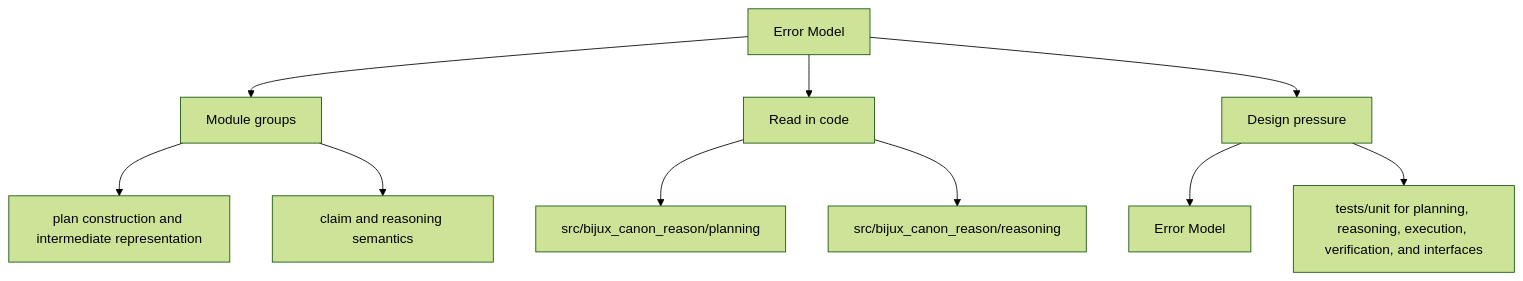
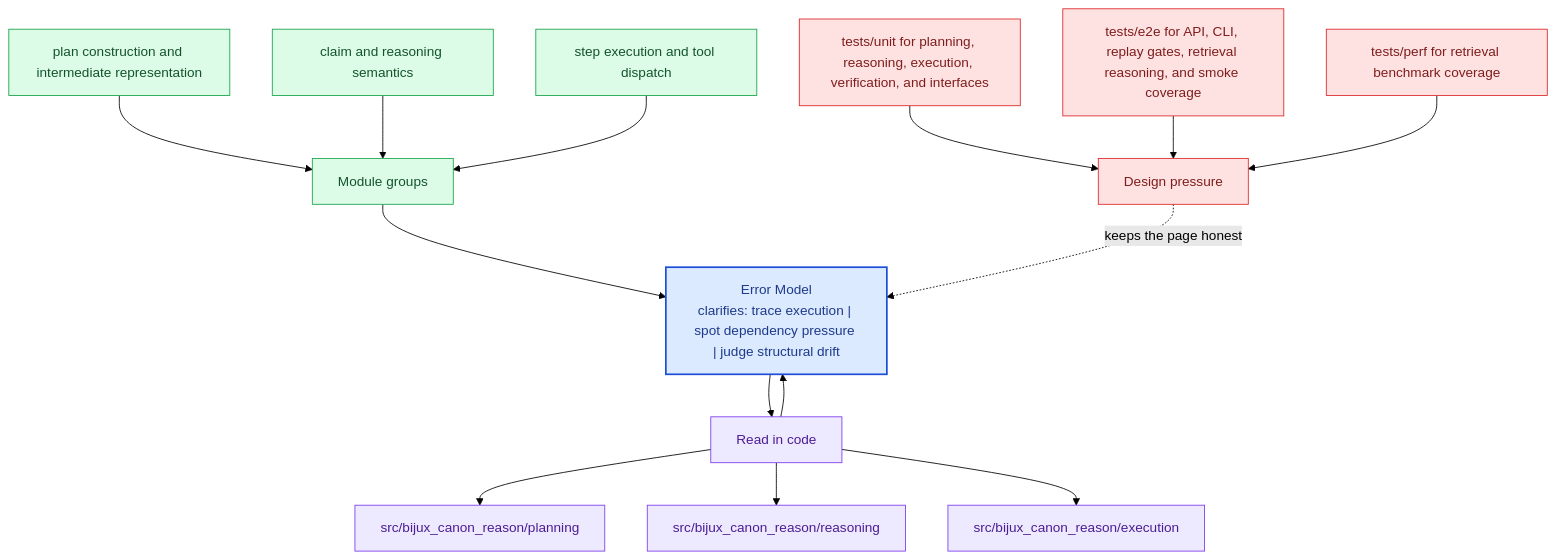
The second of 2 diagrams in docs/bijux-canon-reason/architecture/error-model.md (bijux/bijux-canon), drawn with Mermaid (forest theme) before and after one commit. The commit also changed other lines of this file and 281 other files, not shown here.

Commit message:
docs(diagrams): deepen handbook mermaid maps across the catalog

````diff
--- a/docs/bijux-canon-reason/architecture/error-model.md
+++ b/docs/bijux-canon-reason/architecture/error-model.md
@@ -35,22 +68,40 @@
 ```mermaid
-flowchart TD
-    page["Error Model"]
+flowchart TB
+    promise["Error Model<br/>clarifies: trace execution | spot dependency pressure | judge structural drift"]
+    classDef promise fill:#dbeafe,stroke:#1d4ed8,color:#1e3a8a,stroke-width:2px;
+    classDef driver fill:#dcfce7,stroke:#16a34a,color:#14532d;
+    classDef constraint fill:#fee2e2,stroke:#dc2626,color:#7f1d1d;
+    classDef ground fill:#ede9fe,stroke:#7c3aed,color:#4c1d95;
     focus1["Module groups"]
-    page --> focus1
+    focus1 --> promise
     focus1_1["plan construction and intermediate representation"]
-    focus1 --> focus1_1
+    focus1_1 --> focus1
     focus1_2["claim and reasoning semantics"]
-    focus1 --> focus1_2
+    focus1_2 --> focus1
+    focus1_3["step execution and tool dispatch"]
+    focus1_3 --> focus1
+    class focus1 driver;
+    class focus1_1,focus1_2,focus1_3 driver;
     focus2["Read in code"]
-    page --> focus2
+    focus2 --> promise
+    promise --> focus2
     focus2_1["src/bijux_canon_reason/planning"]
     focus2 --> focus2_1
     focus2_2["src/bijux_canon_reason/reasoning"]
     focus2 --> focus2_2
+    focus2_3["src/bijux_canon_reason/execution"]
+    focus2 --> focus2_3
+    class focus2 ground;
+    class focus2_1,focus2_2,focus2_3 ground;
     focus3["Design pressure"]
-    page --> focus3
-    focus3_1["Error Model"]
-    focus3 --> focus3_1
-    focus3_2["tests/unit for planning, reasoning, execution, verification, and interfaces"]
-    focus3 --> focus3_2
+    focus3 -.keeps the page honest.-> promise
+    focus3_1["tests/unit for planning, reasoning, execution, verification, and interfaces"]
+    focus3_1 --> focus3
+    focus3_2["tests/e2e for API, CLI, replay gates, retrieval reasoning, and smoke coverage"]
+    focus3_2 --> focus3
+    focus3_3["tests/perf for retrieval benchmark coverage"]
+    focus3_3 --> focus3
+    class focus3 constraint;
+    class focus3_1,focus3_2,focus3_3 constraint;
+    class promise promise;
 ```
````
